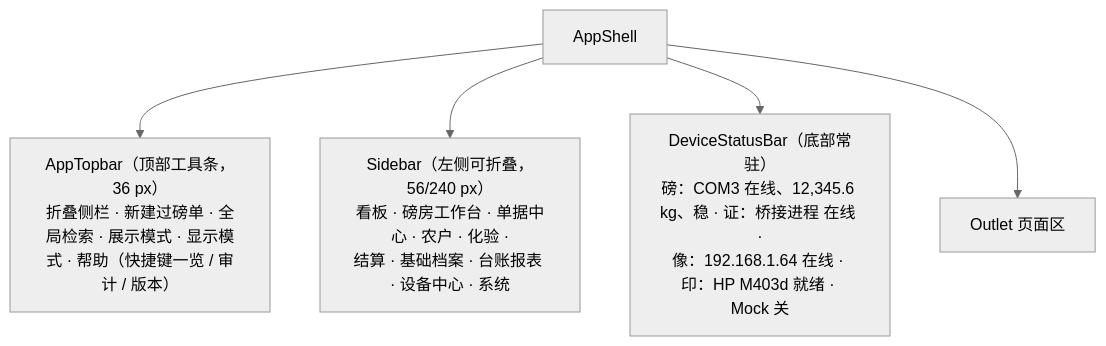
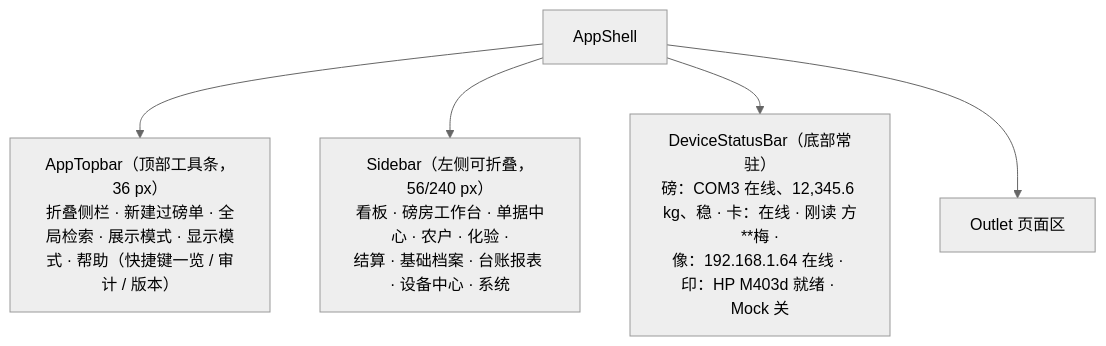
The diagram in docs/design/05-UI结构与交互规范.md (datawalkcloud/BangHe), drawn with Mermaid (neutral theme) before and after one commit. The commit also changed other lines of this file and 309 other files, not shown here.

````diff
--- a/docs/design/05-UI结构与交互规范.md
+++ b/docs/design/05-UI结构与交互规范.md
@@ -22,7 +22,7 @@
 ```mermaid
 flowchart TD
     A["AppShell"] --> B["AppTopbar（顶部工具条，36 px）<br/>折叠侧栏 · 新建过磅单 · 全局检索 · 展示模式 · 显示模式 · 帮助（快捷键一览 / 审计 / 版本）"]
     A --> C["Sidebar（左侧可折叠，56/240 px）<br/>看板 · 磅房工作台 · 单据中心 · 农户 · 化验 ·<br/>结算 · 基础档案 · 台账报表 · 设备中心 · 系统"]
-    A --> D["DeviceStatusBar（底部常驻）<br/>磅：COM3 在线、12,345.6 kg、稳 · 证：桥接进程 在线 ·<br/>像：192.168.1.64 在线 · 印：HP M403d 就绪 · Mock 关"]
+    A --> D["DeviceStatusBar（底部常驻）<br/>磅：COM3 在线、12,345.6 kg、稳 · 卡：在线 · 刚读 方**梅 ·<br/>像：192.168.1.64 在线 · 印：HP M403d 就绪 · Mock 关"]
     A --> E["Outlet 页面区"]
 ```
````
